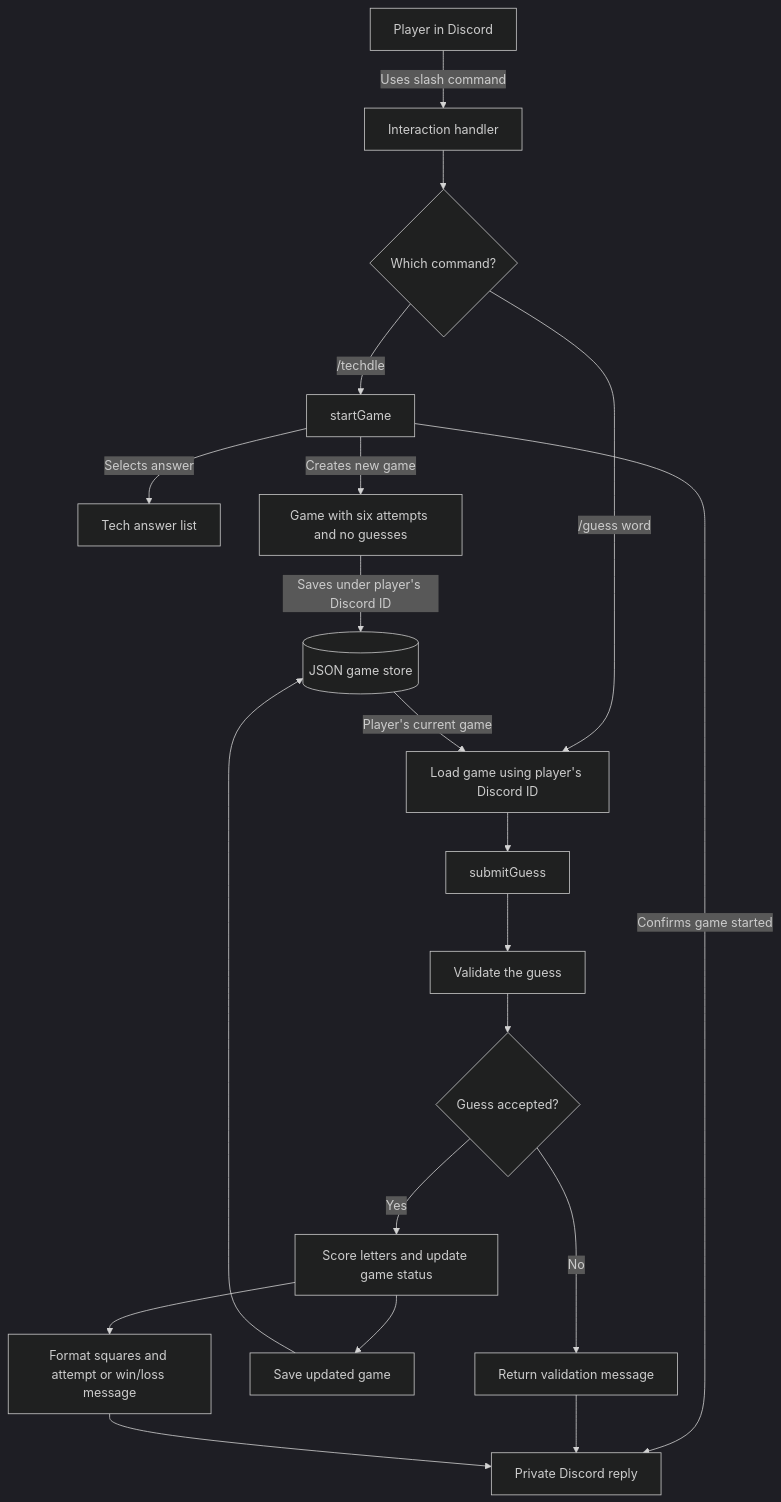
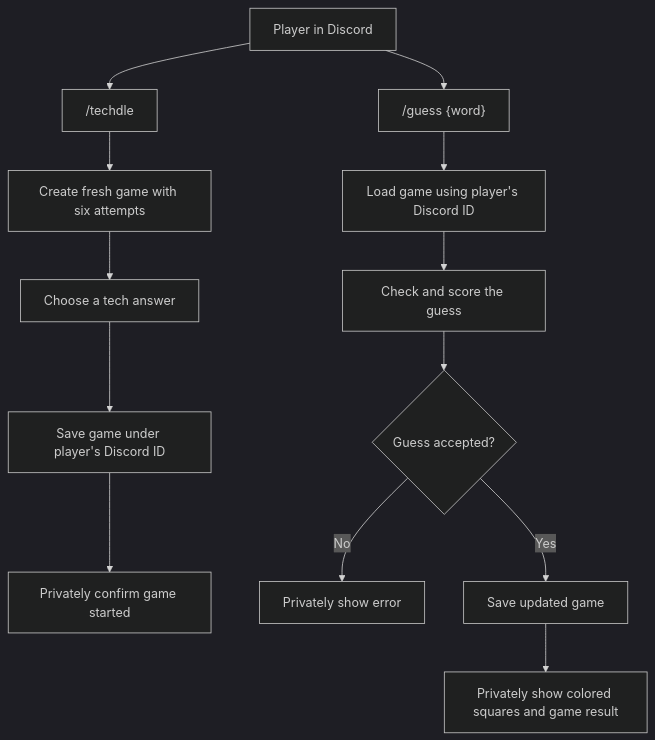
One commit to AbhiTarigoppula/TechdleBot changed the first of 2 diagrams in ARCHITECTURE.md. Above: the diagram before and after it, drawn with Mermaid (dark theme). The commit also changed other lines of this file, not shown here.

First line of the commit message:
Revise architecture details for slash-command game

````diff
--- a/ARCHITECTURE.md
+++ b/ARCHITECTURE.md
@@ -9,26 +7,16 @@
 ```mermaid
 flowchart TD
-    Player[Player in Discord] -->|Uses slash command| Handler[Interaction handler]
-    Handler --> Command{Which command?}
+    Player[Player in Discord] --> StartCommand["/techdle"]
+    StartCommand --> StartGame[Create fresh game with six attempts]
+    StartGame --> TechAnswer[Choose a tech answer]
+    TechAnswer --> SaveNew[Save game under player's Discord ID]
+    SaveNew --> StartReply[Privately confirm game started]
 
-    Command -->|/techdle| Start[startGame]
-    Start -->|Selects answer| Answers[Tech answer list]
-    Start -->|Creates new game| NewGame[Game with six attempts and no guesses]
-    NewGame -->|Saves under player's Discord ID| Store[(JSON game store)]
-    Start -->|Confirms game started| Reply[Private Discord reply]
-
-    Command -->|/guess word| Load[Load game using player's Discord ID]
-    Store -->|Player's current game| Load
-    Load --> Submit[submitGuess]
-    Submit --> Validate[Validate the guess]
-    Validate --> Valid{Guess accepted?}
-
-    Valid -->|No| Error[Return validation message]
-    Error --> Reply
-
-    Valid -->|Yes| Score[Score letters and update game status]
-    Score --> Save[Save updated game]
-    Save --> Store
-    Score --> Result[Format squares and attempt or win/loss message]
-    Result --> Reply
+    Player --> GuessCommand["/guess {word}"]
+    GuessCommand --> LoadGame[Load game using player's Discord ID]
+    LoadGame --> Submit[Check and score the guess]
+    Submit --> Accepted{Guess accepted?}
+    Accepted -->|No| Error[Privately show error]
+    Accepted -->|Yes| SaveGuess[Save updated game]
+    SaveGuess --> Feedback[Privately show colored squares and game result]
 ```
````
